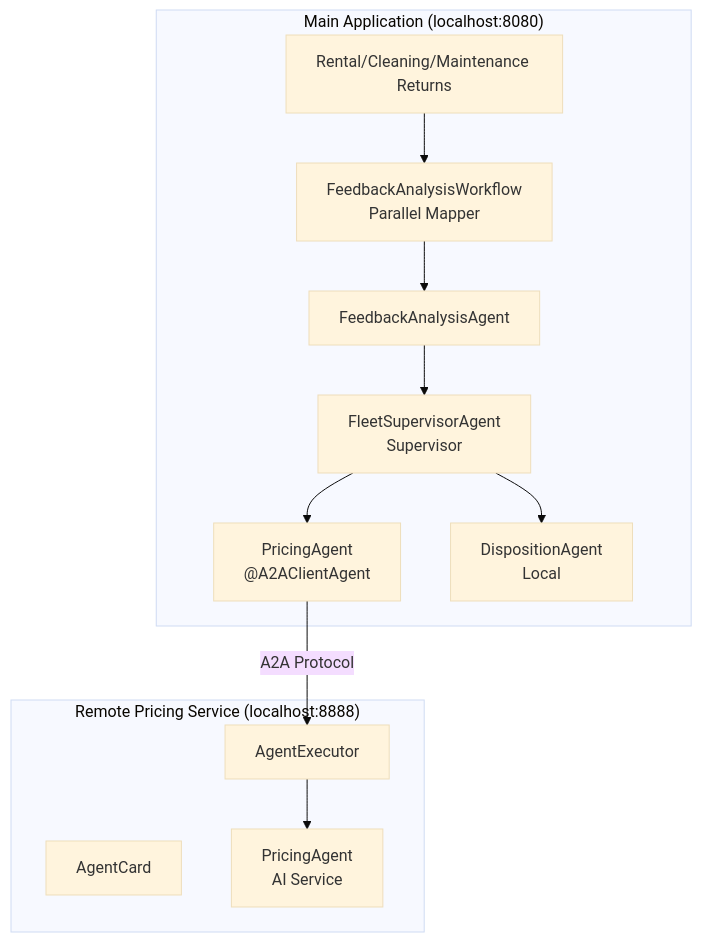
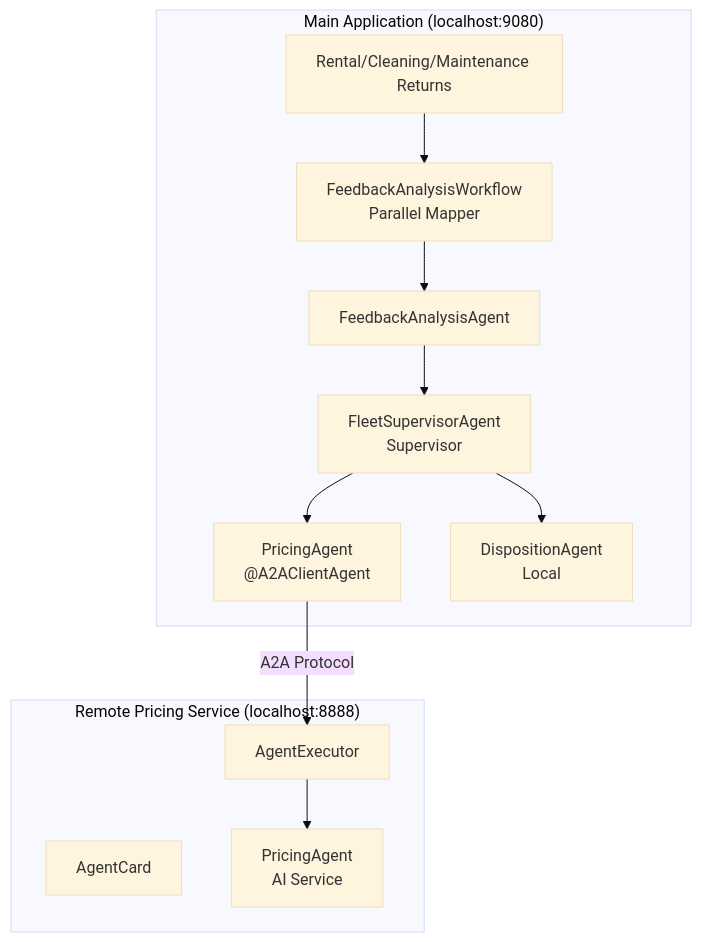
The third of 4 diagrams in docs/docs/section-2/step-07.md (OpenLiberty/liberty-workshop-langchain4j), drawn with Mermaid (base theme) before and after one commit. The commit also changed other lines of this file and 7 other files, not shown here.

````diff
--- a/docs/docs/section-2/step-07.md
+++ b/docs/docs/section-2/step-07.md
@@ -135,28 +145,28 @@
 ```mermaid
 graph TD
-    subgraph "Main Application (localhost:8080)"
+    subgraph "Main Application (localhost:9080)"
         R["Rental/Cleaning/Maintenance Returns"]
         FW["FeedbackAnalysisWorkflow<br/>Parallel Mapper"]
         FA["FeedbackAnalysisAgent"]
         FSA["FleetSupervisorAgent<br/>Supervisor"]
         PAC["PricingAgent<br/>@A2AClientAgent"]
         DA["DispositionAgent<br/>Local"]
 
         R --> FW
         FW --> FA
         FA --> FSA
         FSA --> PAC
         FSA --> DA
     end
 
     subgraph "Remote Pricing Service (localhost:8888)"
         AC["AgentCard"]
         AE["AgentExecutor"]
         PAI["PricingAgent<br/>AI Service"]
 
         AE --> PAI
     end
 
     PAC -->|"A2A Protocol"| AE
 
 ```
````
